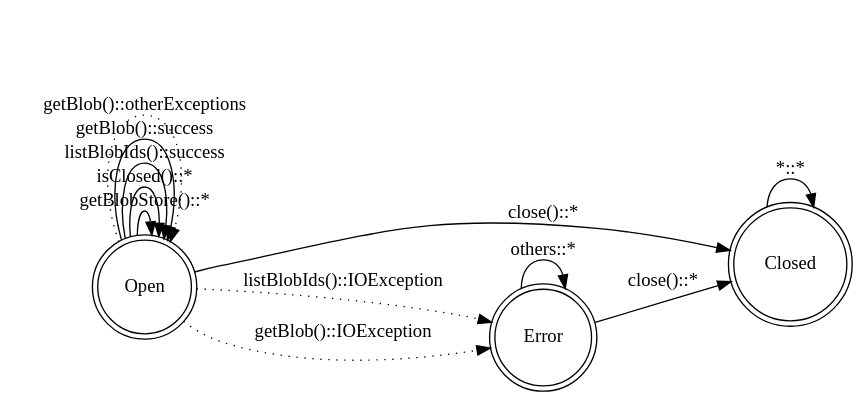
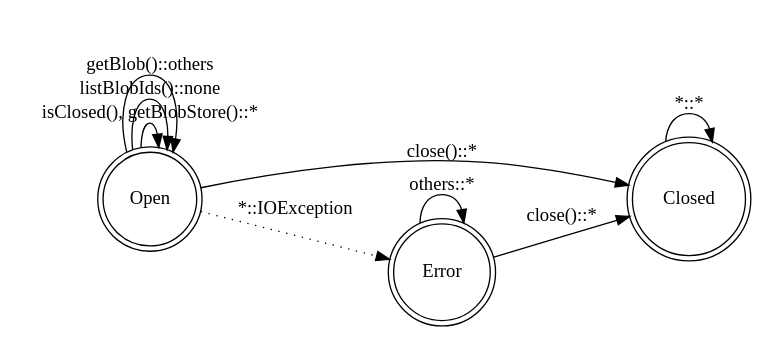
The diagram in docs/connection.dot (akubra/akubra), drawn with Graphviz before and after one commit. The commit also changed 1 other file, not shown here.

```diff
--- a/docs/connection.dot
+++ b/docs/connection.dot
@@ -1,47 +1,39 @@
 /* $HeadURL::                                                                            $
  * $Id$
  *
  * Copyright (c) 2008,2009 by Fedora Commons Inc.
  * http://www.fedoracommons.org
  *
  * In collaboration with Topaz Inc.
  * http://www.topazproject.org
  *
  * Licensed under the Apache License, Version 2.0 (the "License");
  * you may not use this file except in compliance with the License.
  * You may obtain a copy of the License at
  *
  *     http://www.apache.org/licenses/LICENSE-2.0
  *
  * Unless required by applicable law or agreed to in writing, software
  * distributed under the License is distributed on an "AS IS" BASIS,
  * WITHOUT WARRANTIES OR CONDITIONS OF ANY KIND, either express or implied.
  * See the License for the specific language governing permissions and
  * limitations under the License.
  */
 digraph connection {
   rankdir=LR;
   overlap=scale;
 
   node [shape = doublecircle]; Open Closed Error;
   node [shape = circle];
 
-  Open -> Open [ label = "getBlobStore()::*" ];
-
-  Open -> Open [ label = "isClosed()::*" ];
-
-  Open -> Open [ label = "listBlobIds()::success" ];
-  Open -> Error [ style = dotted, label = "listBlobIds()::IOException" ];
-
-  Open -> Open [ label = "getBlob()::success" ];
-  Open -> Error [ style = dotted, label = "getBlob()::IOException" ];
-  Open -> Open [ style = dotted, label = "getBlob()::otherExceptions" ];
-
+  Open -> Error [ style = dotted, label = "*::IOException" ];
+  Open -> Open [ label = "isClosed(), getBlobStore()::*" ];
+  Open -> Open [ label = "listBlobIds()::none" ];
+  Open -> Open [ label = "getBlob()::others" ];
   Open -> Closed [ label = "close()::*" ];
 
+  Closed -> Closed [ label = "*::*" ];
+
   Error -> Closed [ label = "close()::*" ];
-
   Error -> Error [ label = "others::*" ];
-
-  Closed -> Closed [ label = "*::*" ];
 }
```
